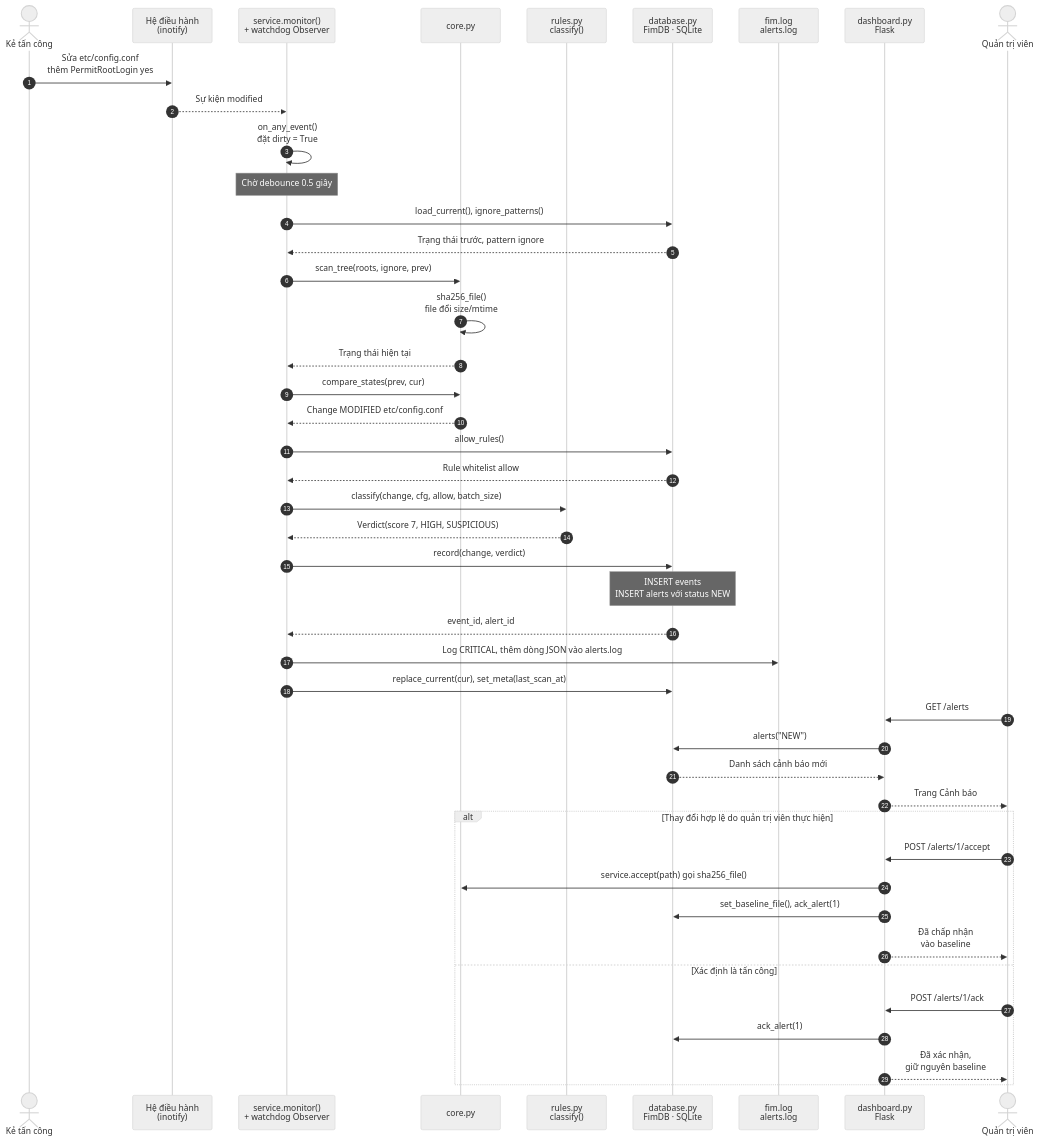
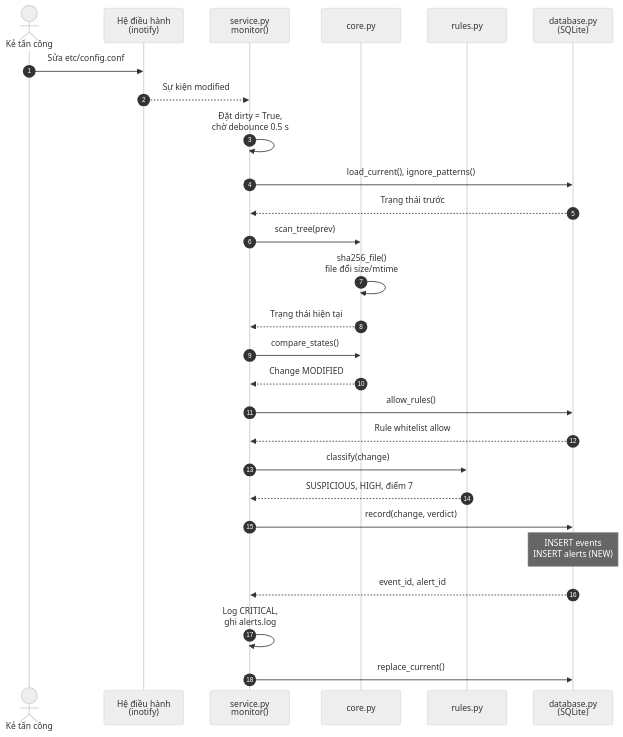
Before and after one commit to huukhai243/FIM_Project: the second of 5 diagrams in docs/diagrams.md, drawn with Mermaid (neutral theme). The commit also changed other lines of this file and 6 other files, not shown here.

````diff
--- a/docs/diagrams.md
+++ b/docs/diagrams.md
@@ -90,47 +51,29 @@
 ```mermaid
 sequenceDiagram
   autonumber
   actor KT as Kẻ tấn công
   participant OS as Hệ điều hành<br/>(inotify)
-  participant MON as service.monitor()<br/>+ watchdog Observer
+  participant MON as service.py<br/>monitor()
   participant CORE as core.py
-  participant RU as rules.py<br/>classify()
-  participant DB as database.py<br/>FimDB · SQLite
-  participant LOG as fim.log<br/>alerts.log
-  participant WEB as dashboard.py<br/>Flask
-  actor AD as Quản trị viên
-  KT->>OS: Sửa etc/config.conf<br/>thêm PermitRootLogin yes
+  participant RU as rules.py
+  participant DB as database.py<br/>(SQLite)
+  KT->>OS: Sửa etc/config.conf
   OS-->>MON: Sự kiện modified
-  MON->>MON: on_any_event()<br/>đặt dirty = True
-  Note over MON: Chờ debounce 0.5 giây
+  MON->>MON: Đặt dirty = True,<br/>chờ debounce 0.5 s
   MON->>DB: load_current(), ignore_patterns()
-  DB-->>MON: Trạng thái trước, pattern ignore
-  MON->>CORE: scan_tree(roots, ignore, prev)
+  DB-->>MON: Trạng thái trước
+  MON->>CORE: scan_tree(prev)
   CORE->>CORE: sha256_file()<br/>file đổi size/mtime
   CORE-->>MON: Trạng thái hiện tại
-  MON->>CORE: compare_states(prev, cur)
-  CORE-->>MON: Change MODIFIED etc/config.conf
+  MON->>CORE: compare_states()
+  CORE-->>MON: Change MODIFIED
   MON->>DB: allow_rules()
   DB-->>MON: Rule whitelist allow
-  MON->>RU: classify(change, cfg, allow, batch_size)
-  RU-->>MON: Verdict(score 7, HIGH, SUSPICIOUS)
+  MON->>RU: classify(change)
+  RU-->>MON: SUSPICIOUS, HIGH, điểm 7
   MON->>DB: record(change, verdict)
-  Note over DB: INSERT events<br/>INSERT alerts với status NEW
+  Note over DB: INSERT events<br/>INSERT alerts (NEW)
   DB-->>MON: event_id, alert_id
-  MON->>LOG: Log CRITICAL, thêm dòng JSON vào alerts.log
-  MON->>DB: replace_current(cur), set_meta(last_scan_at)
-  AD->>WEB: GET /alerts
-  WEB->>DB: alerts("NEW")
-  DB-->>WEB: Danh sách cảnh báo mới
-  WEB-->>AD: Trang Cảnh báo
-  alt Thay đổi hợp lệ do quản trị viên thực hiện
-    AD->>WEB: POST /alerts/1/accept
-    WEB->>CORE: service.accept(path) gọi sha256_file()
-    WEB->>DB: set_baseline_file(), ack_alert(1)
-    WEB-->>AD: Đã chấp nhận<br/>vào baseline
-  else Xác định là tấn công
-    AD->>WEB: POST /alerts/1/ack
-    WEB->>DB: ack_alert(1)
-    WEB-->>AD: Đã xác nhận,<br/>giữ nguyên baseline
-  end
+  MON->>MON: Log CRITICAL,<br/>ghi alerts.log
+  MON->>DB: replace_current()
 ```
````
